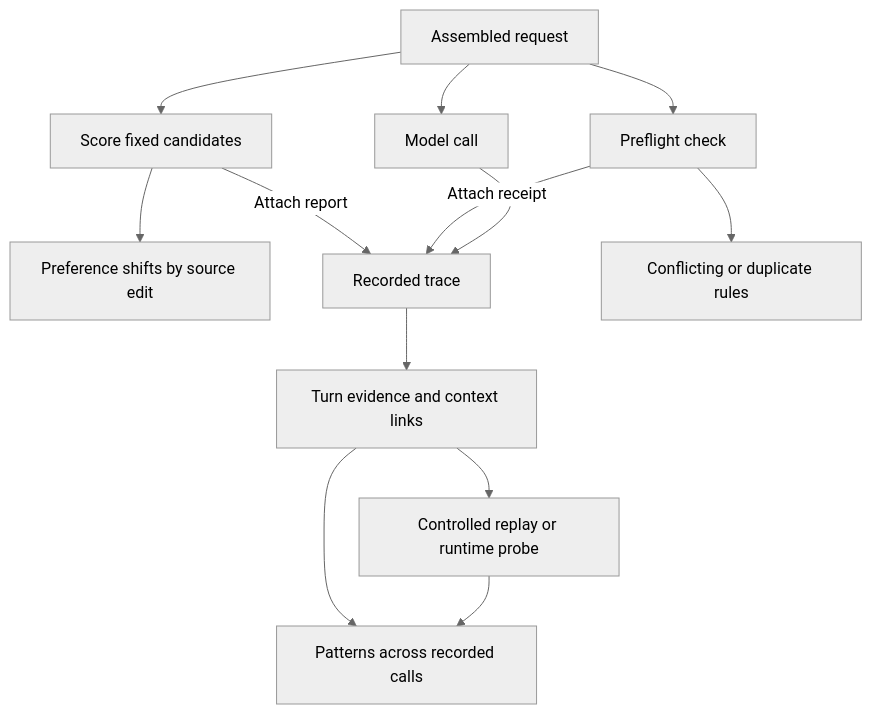
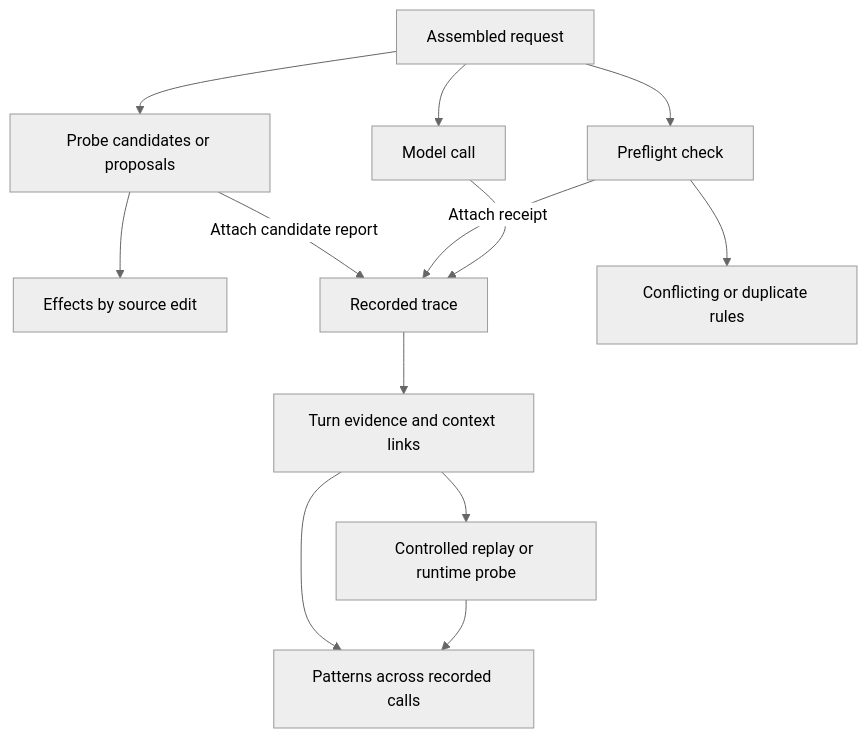
Before and after one commit to thakur-ro/A2Context: the first of 2 diagrams in docs/architecture.md, drawn with Mermaid (neutral theme). The commit also changed other lines of this file and 12 other files, not shown here.

Commit message:
Probe pending decisions through shadow proposals

````diff
--- a/docs/architecture.md
+++ b/docs/architecture.md
@@ -5,17 +5,17 @@
 ```mermaid
 flowchart TD
     accTitle: Evidence from request to recurring patterns
-    accDescr: Preflight checks the request and candidate probes score alternatives. After the model call, the trace supports turn evidence, controlled experiments, and patterns.
+    accDescr: Preflight checks the request. Pending probes score candidates or compare shadow proposals. After the model call, the trace supports turn evidence, controlled experiments, and patterns.
     A[Assembled request] --> M[Model call]
     A --> P[Preflight check]
-    A --> B[Score fixed candidates]
-    B --> S[Preference shifts by source edit]
-    B -->|Attach report| T
+    A --> B[Probe candidates or proposals]
+    B --> S[Effects by source edit]
+    B -->|Attach candidate report| T
     P --> F[Conflicting or duplicate rules]
     P -->|Attach receipt| T
     M --> T[Recorded trace]
     T --> I[Turn evidence and context links]
     I --> R[Controlled replay or runtime probe]
     I --> G[Patterns across recorded calls]
     R --> G
 ```
````
